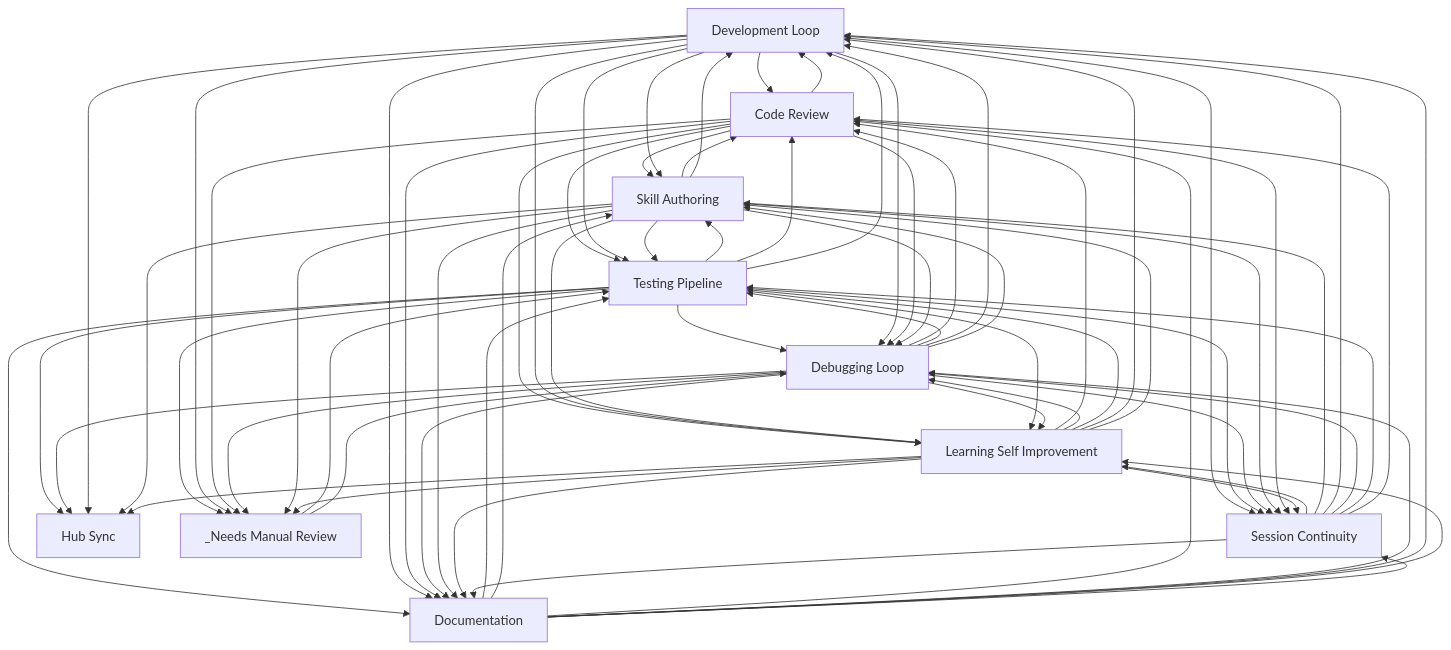
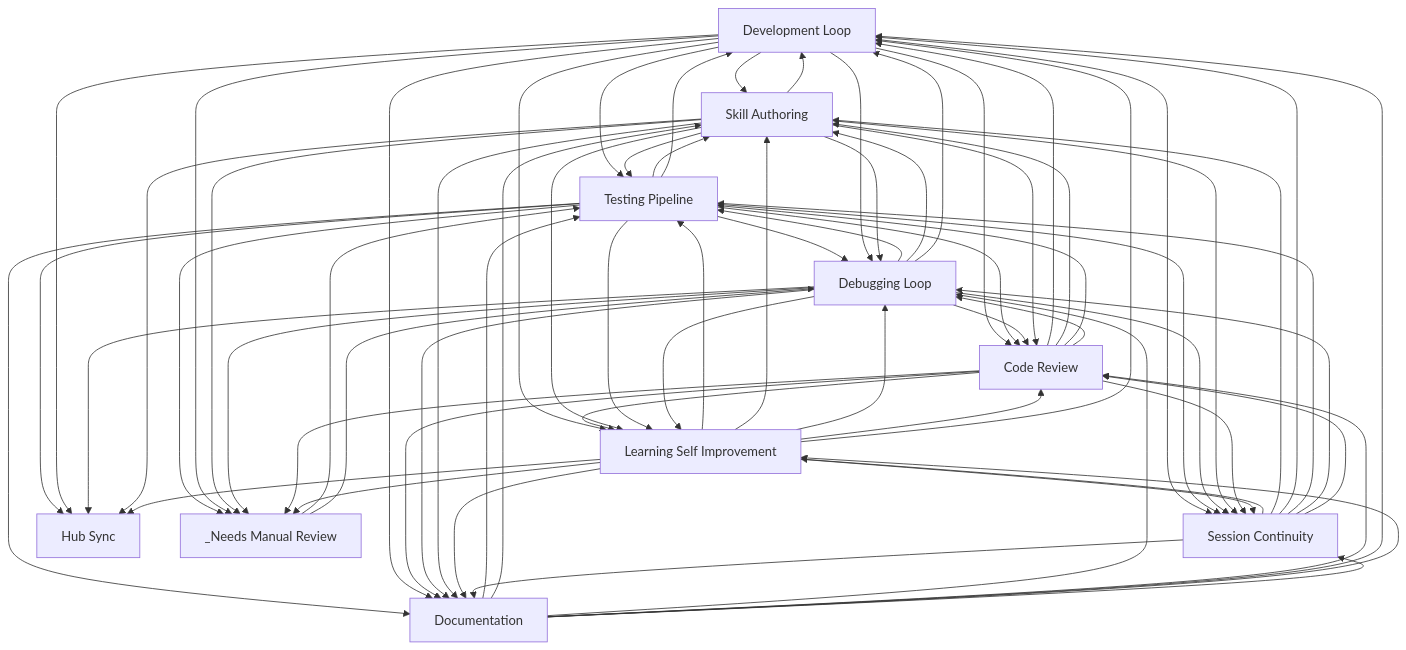
Before and after one commit to abhayla/claude-best-practices: the diagram in docs/workflows/INDEX.md, drawn with Mermaid. The commit also changed other lines of this file and 12 other files, not shown here.

````diff
--- a/docs/workflows/INDEX.md
+++ b/docs/workflows/INDEX.md
@@ -22,82 +22,82 @@
 ```mermaid
 graph TD
     development_loop[Development Loop]
     testing_pipeline[Testing Pipeline]
     debugging_loop[Debugging Loop]
     learning_self_improvement[Learning Self Improvement]
     session_continuity[Session Continuity]
     skill_authoring[Skill Authoring]
     code_review[Code Review]
     documentation[Documentation]
     hub_sync[Hub Sync]
     _needs_manual_review[_Needs Manual Review]
     documentation --> testing_pipeline
     documentation --> skill_authoring
+    development_loop --> skill_authoring
+    development_loop --> code_review
+    code_review --> development_loop
     code_review --> skill_authoring
-    code_review --> development_loop
-    development_loop --> code_review
-    development_loop --> skill_authoring
+    development_loop --> testing_pipeline
+    development_loop --> learning_self_improvement
     code_review --> testing_pipeline
     code_review --> learning_self_improvement
-    development_loop --> testing_pipeline
-    development_loop --> learning_self_improvement
     testing_pipeline --> skill_authoring
     skill_authoring --> testing_pipeline
+    testing_pipeline --> debugging_loop
     testing_pipeline --> code_review
-    testing_pipeline --> debugging_loop
     testing_pipeline --> development_loop
     testing_pipeline --> documentation
+    debugging_loop --> testing_pipeline
+    debugging_loop --> skill_authoring
     debugging_loop --> code_review
-    debugging_loop --> testing_pipeline
     debugging_loop --> development_loop
-    debugging_loop --> skill_authoring
     development_loop --> debugging_loop
     development_loop --> documentation
+    skill_authoring --> development_loop
     skill_authoring --> code_review
-    skill_authoring --> development_loop
     skill_authoring --> learning_self_improvement
     testing_pipeline --> _needs_manual_review
     development_loop --> _needs_manual_review
+    documentation --> debugging_loop
+    documentation --> code_review
+    documentation --> development_loop
     code_review --> debugging_loop
-    documentation --> code_review
-    documentation --> debugging_loop
-    documentation --> development_loop
     code_review --> documentation
+    development_loop --> session_continuity
     session_continuity --> learning_self_improvement
-    development_loop --> session_continuity
     _needs_manual_review --> testing_pipeline
+    testing_pipeline --> session_continuity
     testing_pipeline --> learning_self_improvement
-    testing_pipeline --> session_continuity
+    debugging_loop --> session_continuity
     debugging_loop --> learning_self_improvement
-    debugging_loop --> session_continuity
     debugging_loop --> documentation
     documentation --> learning_self_improvement
     skill_authoring --> session_continuity
     skill_authoring --> debugging_loop
     _needs_manual_review --> debugging_loop
+    learning_self_improvement --> testing_pipeline
+    learning_self_improvement --> skill_authoring
+    learning_self_improvement --> debugging_loop
     learning_self_improvement --> code_review
-    learning_self_improvement --> debugging_loop
-    learning_self_improvement --> testing_pipeline
     learning_self_improvement --> development_loop
-    learning_self_improvement --> skill_authoring
+    skill_authoring --> _needs_manual_review
+    debugging_loop --> _needs_manual_review
     code_review --> _needs_manual_review
-    debugging_loop --> _needs_manual_review
-    skill_authoring --> _needs_manual_review
     skill_authoring --> documentation
     code_review --> session_continuity
     learning_self_improvement --> session_continuity
     session_continuity --> skill_authoring
     learning_self_improvement --> documentation
     session_continuity --> development_loop
+    session_continuity --> testing_pipeline
     session_continuity --> debugging_loop
-    session_continuity --> testing_pipeline
+    session_continuity --> documentation
     session_continuity --> code_review
-    session_continuity --> documentation
     testing_pipeline --> hub_sync
+    development_loop --> hub_sync
     debugging_loop --> hub_sync
-    development_loop --> hub_sync
     skill_authoring --> hub_sync
     learning_self_improvement --> hub_sync
     learning_self_improvement --> _needs_manual_review
     documentation --> session_continuity
 ```
````
